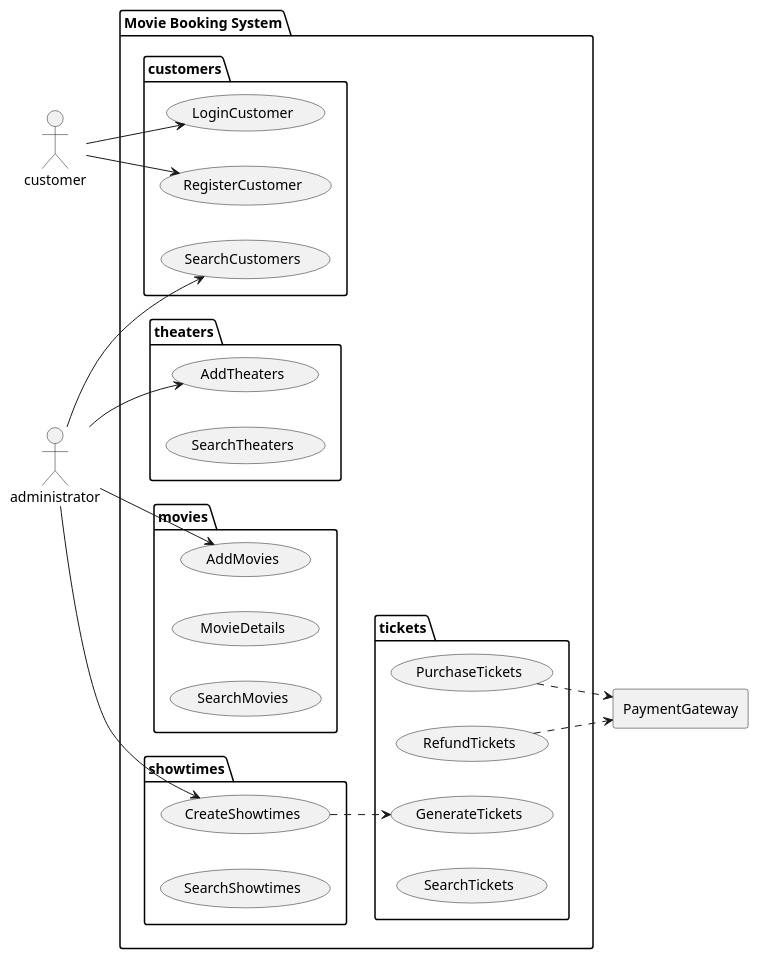
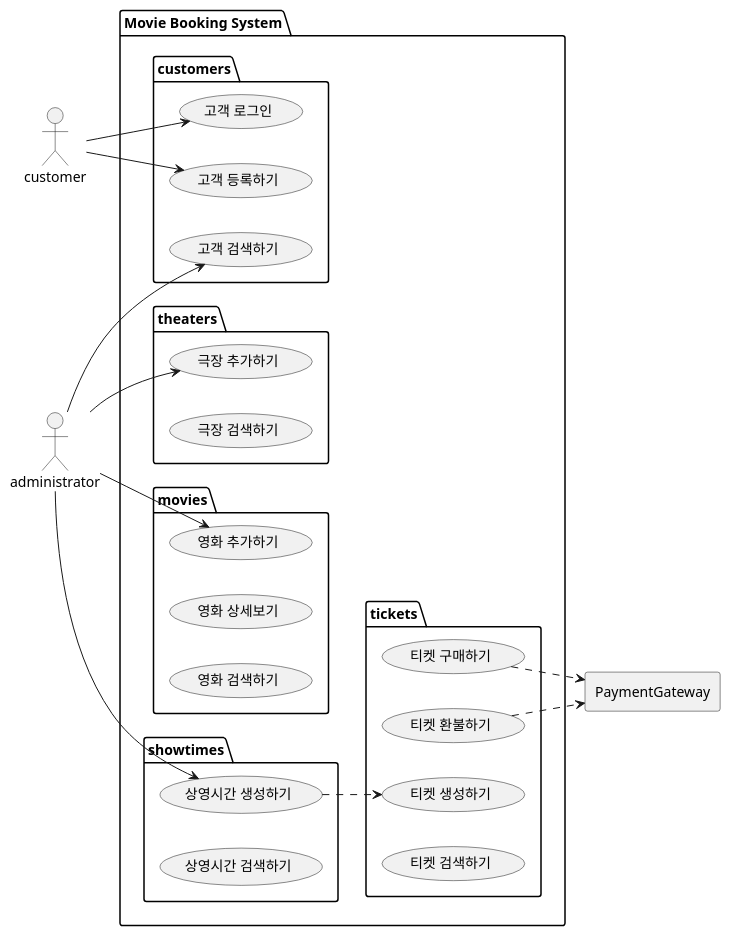
Diagram 11 of 12 in _posts/2025-04-01-backend-design-1.md (mannercode/mannercode.github.io), drawn with PlantUML before and after one commit. The commit also changed other lines of this file and 159 other files, not shown here.

First line of the commit message:
Add UML diagrams for Movie Booking System and update sequence diagrams

```diff
--- a/_posts/2025-04-01-backend-design-1.md
+++ b/_posts/2025-04-01-backend-design-1.md
@@ -372,53 +372,53 @@
 {% plantuml %}
 @startuml
 left to right direction
 actor customer
 actor administrator
 rectangle PaymentGateway
 
 package "Movie Booking System" as mbs {
     package theaters {
-        usecase AddTheaters
-        usecase SearchTheaters
+        usecase "극장 추가하기" as AddTheaters
+        usecase "극장 검색하기" as SearchTheaters
     }
 
     package movies {
-        usecase AddMovies
-        usecase MovieDetails
-        usecase SearchMovies
+        usecase "영화 추가하기" as AddMovies
+        usecase "영화 상세보기" as MovieDetails
+        usecase "영화 검색하기" as SearchMovies
     }
 
     package customers {
-        usecase SearchCustomers
-        usecase RegisterCustomer
-        usecase LoginCustomer
+        usecase "고객 검색하기" as SearchCustomers
+        usecase "고객 등록하기" as RegisterCustomer
+        usecase "고객 로그인" as LoginCustomer
 
     }
 
     package showtimes {
-        usecase CreateShowtimes
-        usecase SearchShowtimes
+        usecase "상영시간 생성하기" as CreateShowtimes
+        usecase "상영시간 검색하기" as SearchShowtimes
     }
 
     package tickets {
-        usecase PurchaseTickets
-        usecase RefundTickets
-        usecase GenerateTickets
-        usecase SearchTickets
+        usecase "티켓 구매하기" as PurchaseTickets
+        usecase "티켓 환불하기" as RefundTickets
+        usecase "티켓 생성하기" as GenerateTickets
+        usecase "티켓 검색하기" as SearchTickets
     }
 }
 
 administrator --> AddTheaters
 administrator --> AddMovies
 administrator --> SearchCustomers
 administrator --> CreateShowtimes
 
 customer --> RegisterCustomer
 customer --> LoginCustomer
 
 PurchaseTickets ..> PaymentGateway
 RefundTickets ..> PaymentGateway
 CreateShowtimes ..> GenerateTickets
 
 @enduml
 {% endplantuml %}
```
